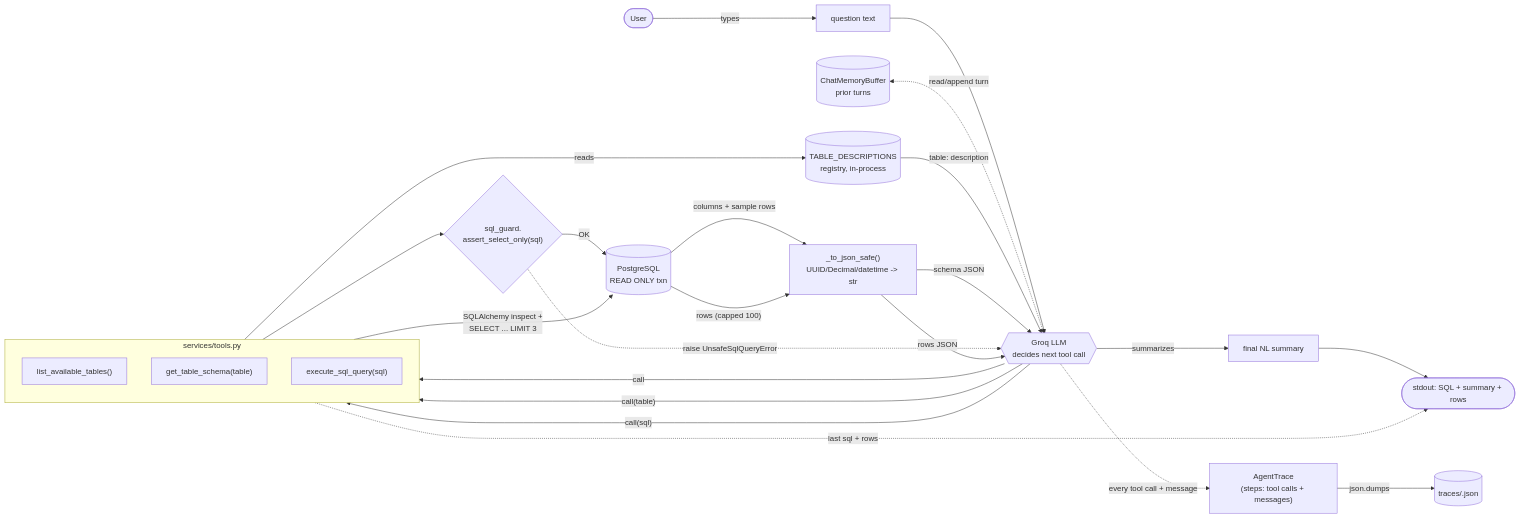
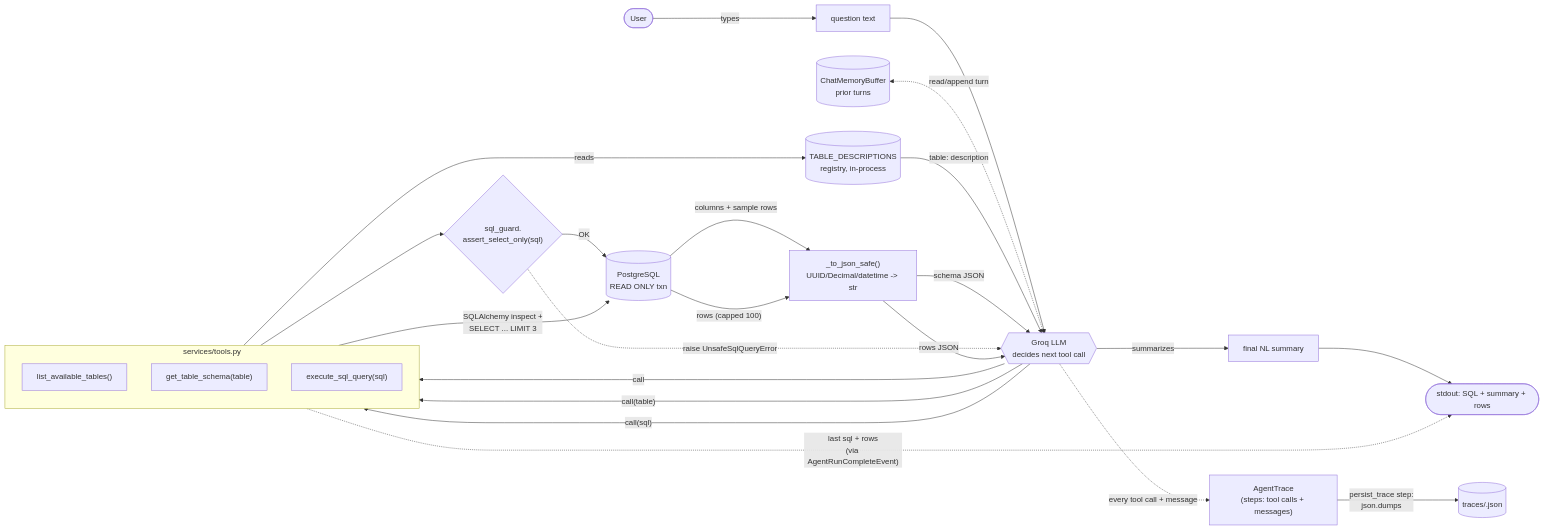
One commit to harshitmywork17/AI_Chatbot changed the third of 4 diagrams in IMPLEMENTATION.md. Above: the diagram before and after it, drawn with Mermaid. The commit also changed other lines of this file and 3 other files, not shown here.

````diff
--- a/IMPLEMENTATION.md
+++ b/IMPLEMENTATION.md
@@ -98,51 +127,51 @@
 ```mermaid
 flowchart LR
     U(["User"])
     Q["question text"]
     Mem[("ChatMemoryBuffer\nprior turns")]
     LLM{{"Groq LLM\ndecides next tool call"}}
 
     subgraph Tools["services/tools.py"]
         direction TB
         LT["list_available_tables()"]
         GS["get_table_schema(table)"]
         EX["execute_sql_query(sql)"]
     end
 
     Reg[("TABLE_DESCRIPTIONS\nregistry, in-process")]
     Guard{"sql_guard.\nassert_select_only(sql)"}
     DB[("PostgreSQL\nREAD ONLY txn")]
     Norm["_to_json_safe()\nUUID/Decimal/datetime -> str"]
     Summary["final NL summary"]
     TraceObj["AgentTrace\n(steps: tool calls + messages)"]
     TraceFile[("traces/<timestamp>.json")]
     Out(["stdout: SQL + summary + rows"])
 
     U -- "types" --> Q
     Q --> LLM
     Mem <-. "read/append turn" .-> LLM
 
     LLM -- "call" --> LT
     LT -- "reads" --> Reg
     Reg -- "table: description" --> LLM
 
     LLM -- "call(table)" --> GS
     GS -- "SQLAlchemy inspect +\nSELECT ... LIMIT 3" --> DB
     DB -- "columns + sample rows" --> Norm
     Norm -- "schema JSON" --> LLM
 
     LLM -- "call(sql)" --> EX
     EX --> Guard
     Guard -- "OK" --> DB
     Guard -. "raise UnsafeSqlQueryError" .-> LLM
     DB -- "rows (capped 100)" --> Norm
     Norm -- "rows JSON" --> LLM
 
     LLM -- "summarizes" --> Summary
     Summary --> Out
 
     LLM -. "every tool call + message" .-> TraceObj
-    TraceObj -- "json.dumps" --> TraceFile
+    TraceObj -- "persist_trace step:\njson.dumps" --> TraceFile
 
-    EX -. "last sql + rows" .-> Out
+    EX -. "last sql + rows\n(via AgentRunCompleteEvent)" .-> Out
 ```
````
